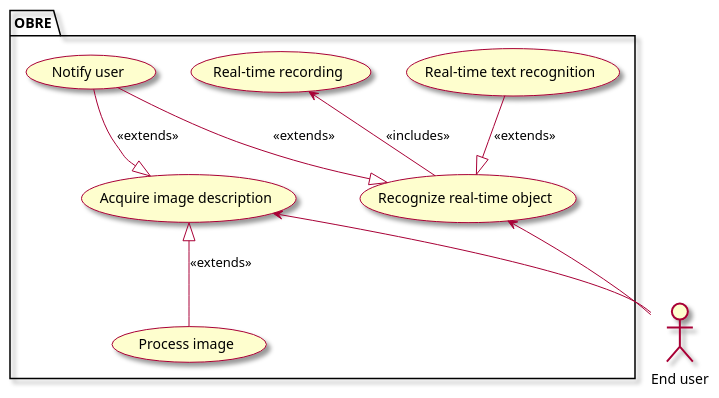
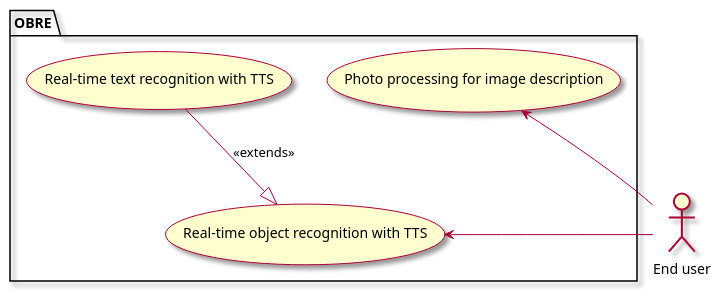
Before and after one commit to tonyh1306/OBRE-Vision-through-a-screen: the diagram in intellij/doc/vision.md, drawn with PlantUML. The commit also changed 4 other files, not shown here.

Commit message:
Adds Recognize Text use case

````diff
--- a/intellij/doc/vision.md
+++ b/intellij/doc/vision.md
@@ -29,28 +29,20 @@
 ```plantuml
 @startuml
 skin rose
 
 ' human actors
 actor "End user" as user
 
 ' list all use cases in package
 package OBRE {
-    usecase "Recognize real-time object" as obre
-    usecase "Notify user" as tts
-    usecase "Process image" as process
-    usecase "Acquire image description" as describe 
-    usecase "Real-time recording" as record
-    usecase "Real-time text recognition" as videotext
+    usecase "Real-time object recognition with TTS" as obre
+    usecase "Photo processing for image description" as describe 
+    usecase "Real-time text recognition with TTS" as videotext
 }
 
 ' list relationships between actors and use cases
 user --> obre
-tts --|> obre : \t<<extends>>\t
-record <-- obre : <<includes>>
 videotext --|> obre : <<extends>>
-
 describe <-- user
-describe <|-- process : <<extends>>
-tts --|> describe : <<extends>>
 @enduml
 ```
````
